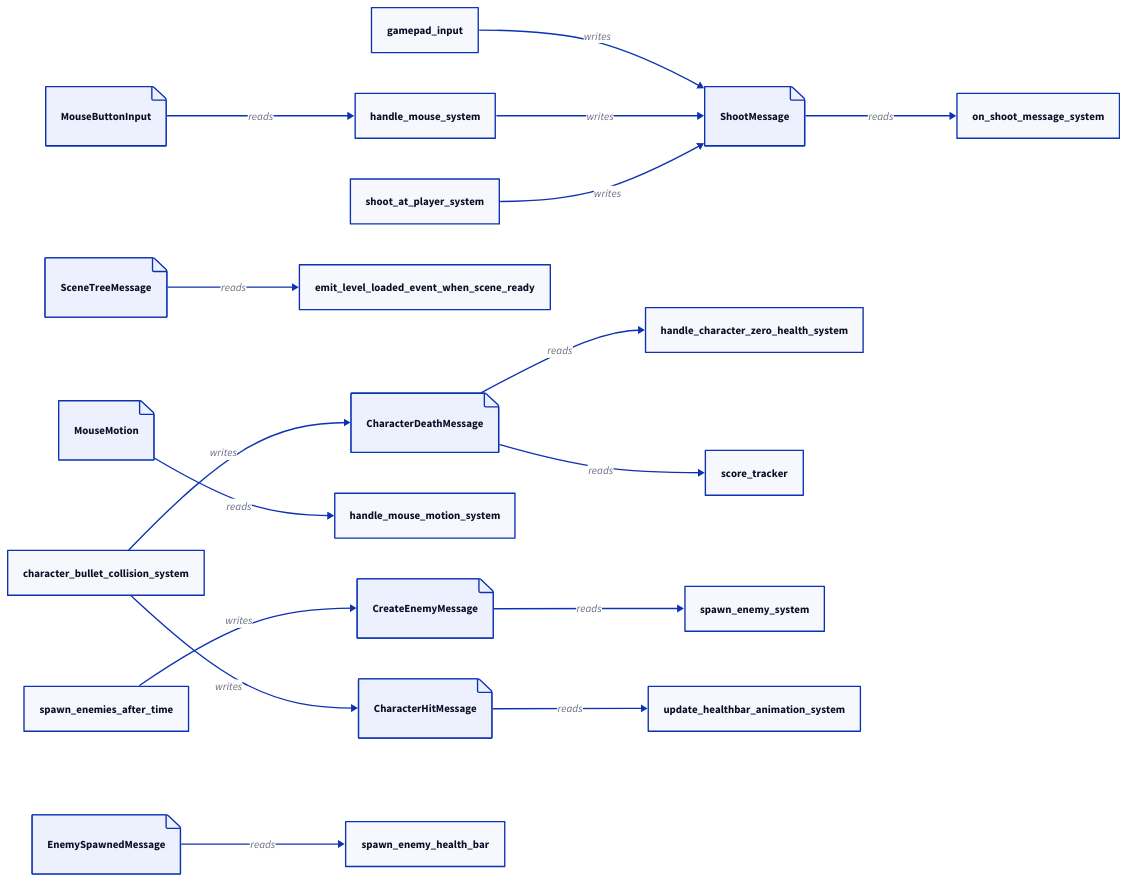
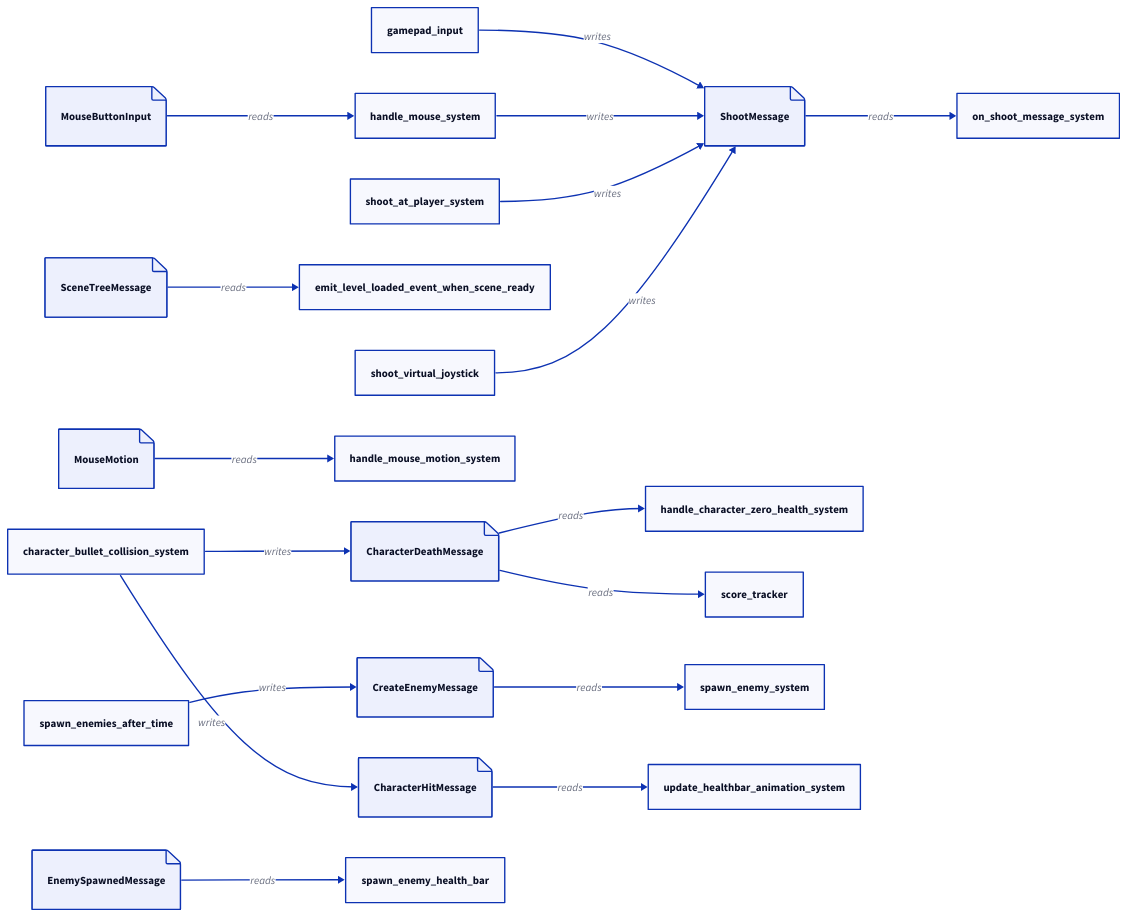
The diagram in docs/messages.d2 (edizeqiri/BulletsOnWheels), drawn with D2 before and after one commit. The commit also changed 1 other file, not shown here.

Commit message:
chore: regenerate architecture diagrams

```diff
--- a/docs/messages.d2
+++ b/docs/messages.d2
@@ -1,40 +1,42 @@
 direction: right
 
 "CharacterDeathMessage": { shape: page }
 "CharacterHitMessage": { shape: page }
 "CreateEnemyMessage": { shape: page }
 "EnemySpawnedMessage": { shape: page }
 "MouseButtonInput": { shape: page }
 "MouseMotion": { shape: page }
 "SceneTreeMessage": { shape: page }
 "ShootMessage": { shape: page }
 
 "character_bullet_collision_system": { shape: rectangle }
 "emit_level_loaded_event_when_scene_ready": { shape: rectangle }
 "gamepad_input": { shape: rectangle }
 "handle_character_zero_health_system": { shape: rectangle }
 "handle_mouse_motion_system": { shape: rectangle }
 "handle_mouse_system": { shape: rectangle }
 "on_shoot_message_system": { shape: rectangle }
 "score_tracker": { shape: rectangle }
 "shoot_at_player_system": { shape: rectangle }
+"shoot_virtual_joystick": { shape: rectangle }
 "spawn_enemies_after_time": { shape: rectangle }
 "spawn_enemy_health_bar": { shape: rectangle }
 "spawn_enemy_system": { shape: rectangle }
 "update_healthbar_animation_system": { shape: rectangle }
 
 "character_bullet_collision_system" -> "CharacterDeathMessage": writes
 "character_bullet_collision_system" -> "CharacterHitMessage": writes
 "SceneTreeMessage" -> "emit_level_loaded_event_when_scene_ready": reads
 "gamepad_input" -> "ShootMessage": writes
 "CharacterDeathMessage" -> "handle_character_zero_health_system": reads
 "MouseMotion" -> "handle_mouse_motion_system": reads
 "MouseButtonInput" -> "handle_mouse_system": reads
 "handle_mouse_system" -> "ShootMessage": writes
 "ShootMessage" -> "on_shoot_message_system": reads
 "CharacterDeathMessage" -> "score_tracker": reads
 "shoot_at_player_system" -> "ShootMessage": writes
+"shoot_virtual_joystick" -> "ShootMessage": writes
 "spawn_enemies_after_time" -> "CreateEnemyMessage": writes
 "EnemySpawnedMessage" -> "spawn_enemy_health_bar": reads
 "CreateEnemyMessage" -> "spawn_enemy_system": reads
 "CharacterHitMessage" -> "update_healthbar_animation_system": reads
```
